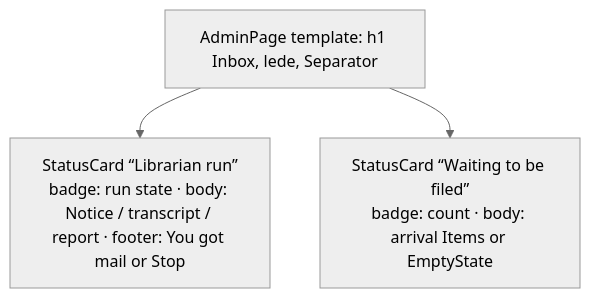
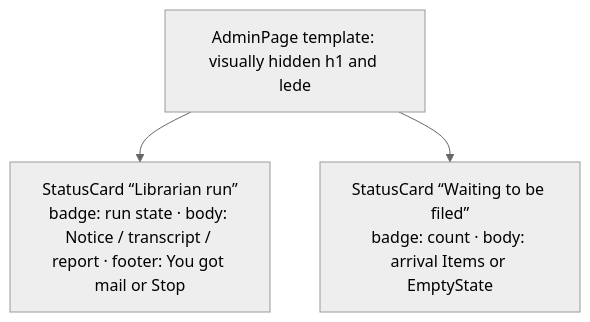
The diagram in docs/admin-design/inbox.md (flyingrobots/reader), drawn with Mermaid (neutral theme) before and after one commit. The commit also changed 6 other files, not shown here.

````diff
--- a/docs/admin-design/inbox.md
+++ b/docs/admin-design/inbox.md
@@ -18,6 +18,6 @@
 ```mermaid
 flowchart TB
-  page[AdminPage template: h1 Inbox, lede, Separator]
+  page[AdminPage template: visually hidden h1 and lede]
   page --> run[StatusCard “Librarian run”<br/>badge: run state · body: Notice / transcript / report · footer: You got mail or Stop]
   page --> list[StatusCard “Waiting to be filed”<br/>badge: count · body: arrival Items or EmptyState]
 ```
````
